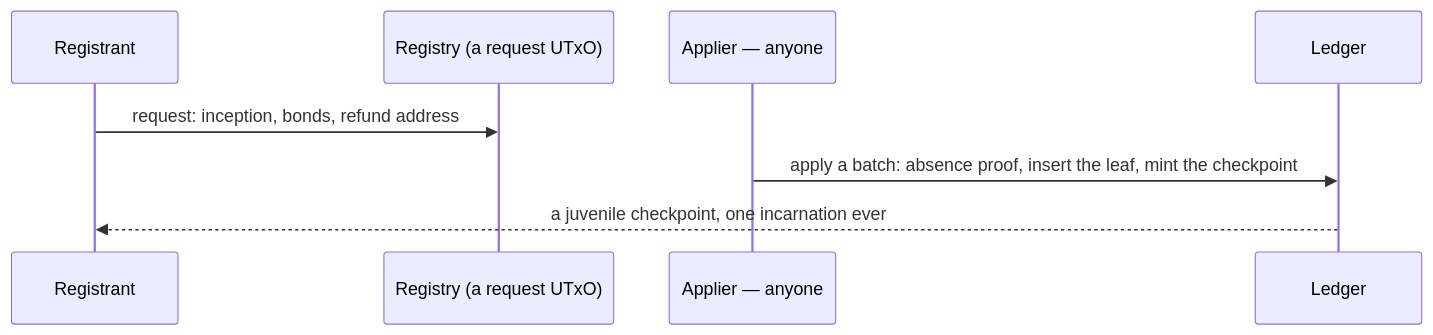
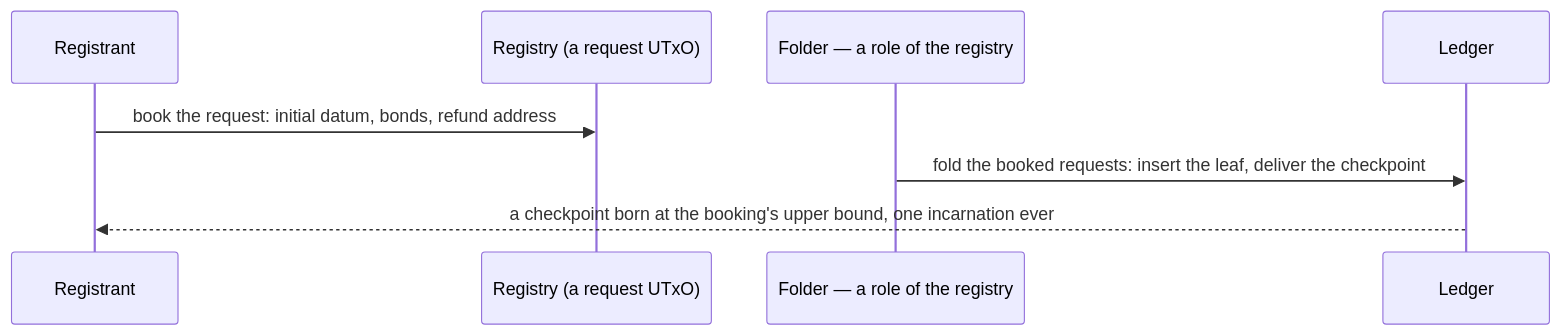
Before and after one commit to lambdasistemi/cardano-keri: the third of 6 diagrams in docs/architecture/system.md, drawn with Mermaid. The commit also changed other lines of this file and 64 other files, not shown here.

First line of the commit message:
docs: align the design and architecture pages with the accepted model

````diff
--- a/docs/architecture/system.md
+++ b/docs/architecture/system.md
@@ -95,11 +93,11 @@
 ```mermaid
 sequenceDiagram
     participant R as Registrant
     participant Q as Registry (a request UTxO)
-    participant A as Applier — anyone
+    participant A as Folder — a role of the registry
     participant L as Ledger
 
-    R->>Q: request: inception, bonds, refund address
-    A->>L: apply a batch: absence proof, insert the leaf, mint the checkpoint
-    L-->>R: a juvenile checkpoint, one incarnation ever
+    R->>Q: book the request: initial datum, bonds, refund address
+    A->>L: fold the booked requests: insert the leaf, deliver the checkpoint
+    L-->>R: a checkpoint born at the booking's upper bound, one incarnation ever
 ```
````
